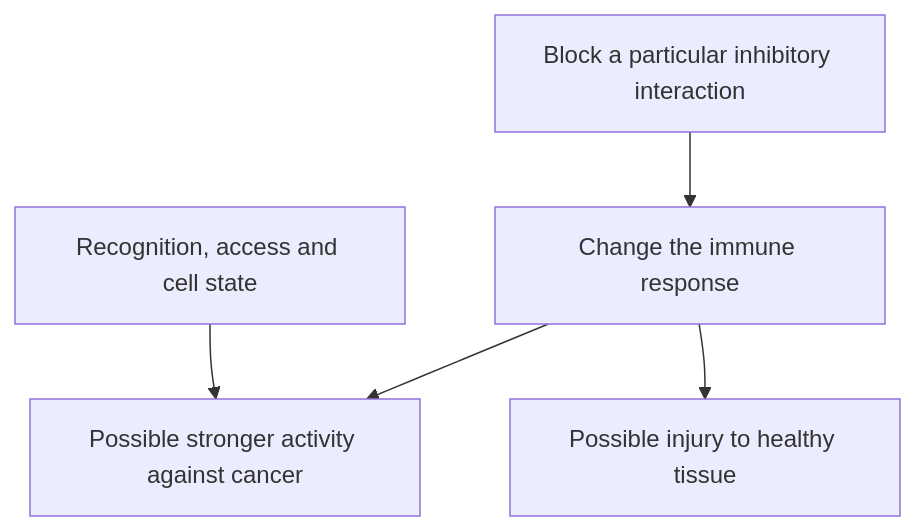
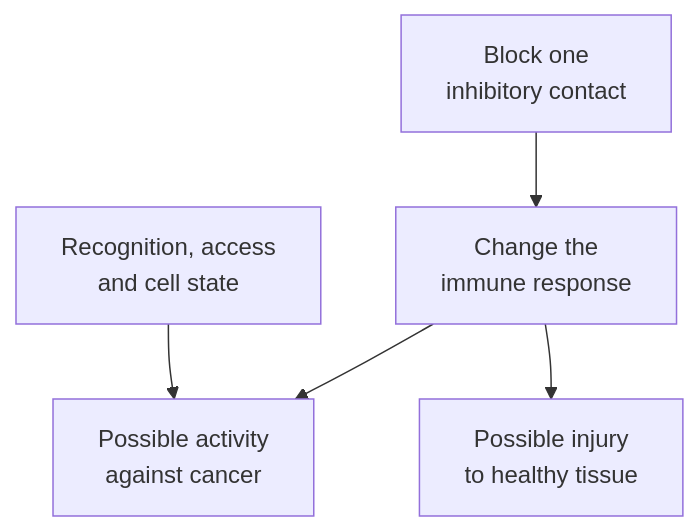
One commit to jasonLaster/oncoguide changed the diagram in wiki/education/concepts/therapeutics/immunotherapy/immune-checkpoint-inhibitor.md. Above: the diagram before and after it, drawn with Mermaid. The commit also changed other lines of this file and 66 other files, not shown here.

````diff
--- a/wiki/education/concepts/therapeutics/immunotherapy/immune-checkpoint-inhibitor.md
+++ b/wiki/education/concepts/therapeutics/immunotherapy/immune-checkpoint-inhibitor.md
@@ -44,7 +44,7 @@
 ```mermaid
 flowchart TD
-  A[Block a particular inhibitory interaction] --> B[Change the immune response]
-  B --> C[Possible stronger activity against cancer]
-  B --> D[Possible injury to healthy tissue]
-  E[Recognition, access and cell state] --> C
+  A[Block one<br/>inhibitory contact] --> B[Change the<br/>immune response]
+  B --> C[Possible activity<br/>against cancer]
+  B --> D[Possible injury<br/>to healthy tissue]
+  E[Recognition, access<br/>and cell state] --> C
 ```
````
